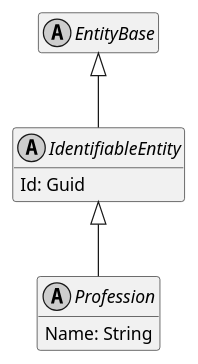
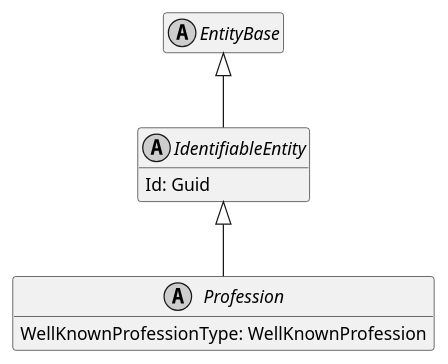
One commit to ObiWanLansi/DoofesZeug changed the diagram in Documentation/Generated/Models/DoofesZeug.Models.Human.Professions/Profession.puml. Above: the diagram before and after it, drawn with PlantUML. The commit also changed 60 other files, not shown here.

```diff
--- a/Documentation/Generated/Models/DoofesZeug.Models.Human.Professions/Profession.puml
+++ b/Documentation/Generated/Models/DoofesZeug.Models.Human.Professions/Profession.puml
@@ -1,20 +1,20 @@
 @startuml
 skinparam monochrome true
 hide empty members
 
 abstract class EntityBase {
 }
 
 EntityBase <|-- IdentifiableEntity
 
 abstract class IdentifiableEntity {
     Id: Guid
 }
 
 IdentifiableEntity <|-- Profession
 
 abstract class Profession {
-    Name: String
+    WellKnownProfessionType: WellKnownProfession
 }
 
 @enduml
```
